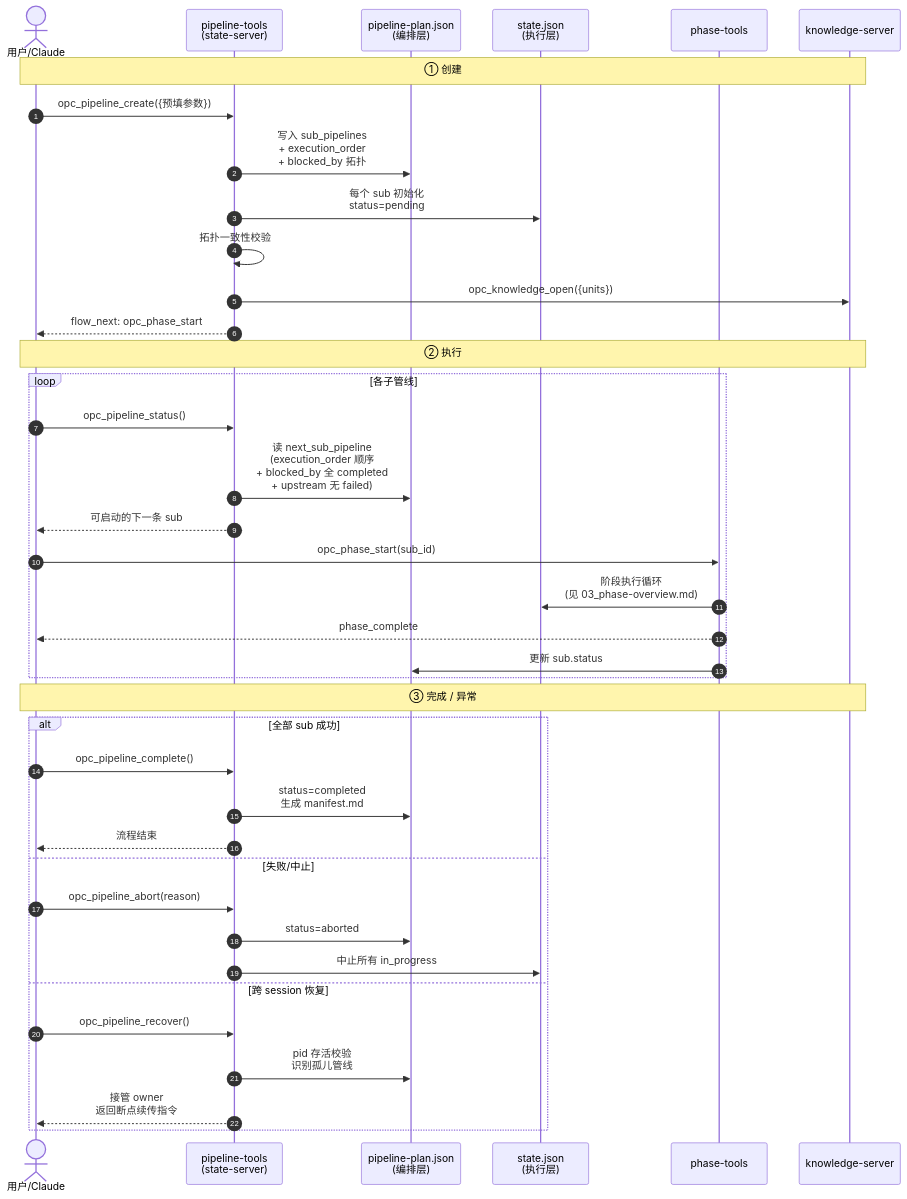
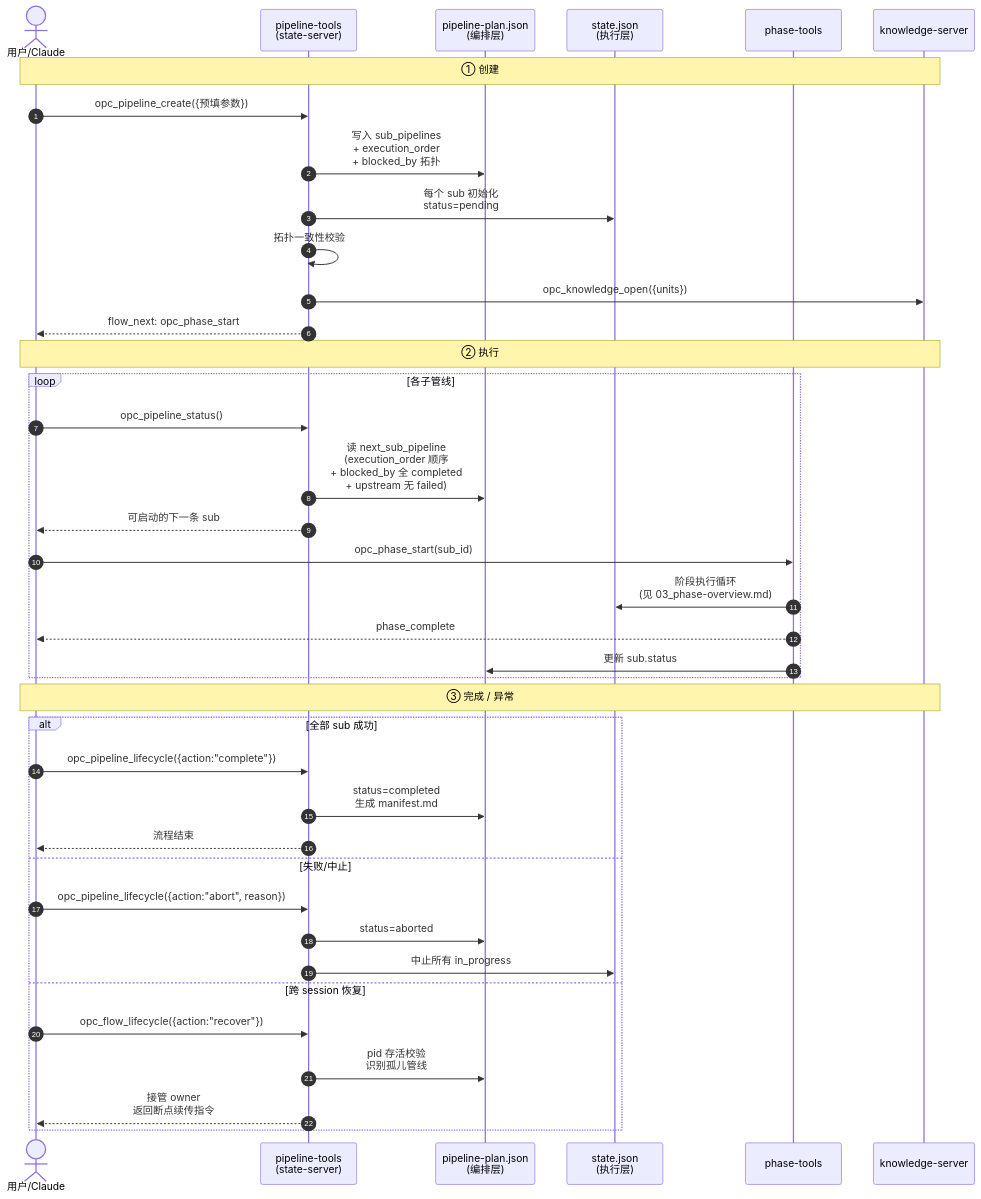
One commit to CaffeineOddity/opc-marketplace changed the first of 2 diagrams in doc/feature/02-opc-state-server/02-pipeline/00_overview.md. Above: the diagram before and after it, drawn with Mermaid. The commit also changed other lines of this file and 19 other files, not shown here.

````diff
--- a/doc/feature/02-opc-state-server/02-pipeline/00_overview.md
+++ b/doc/feature/02-opc-state-server/02-pipeline/00_overview.md
@@ -13,45 +13,45 @@
 ```mermaid
 sequenceDiagram
     autonumber
     actor U as 用户/Claude
     participant PC as pipeline-tools<br/>(state-server)
     participant PP as pipeline-plan.json<br/>(编排层)
     participant ST as state.json<br/>(执行层)
     participant PH as phase-tools
     participant K as knowledge-server
 
     Note over U,K: ① 创建
     U->>PC: opc_pipeline_create({预填参数})
     PC->>PP: 写入 sub_pipelines<br/>+ execution_order<br/>+ blocked_by 拓扑
     PC->>ST: 每个 sub 初始化<br/>status=pending
     PC->>PC: 拓扑一致性校验
     PC->>K: opc_knowledge_open({units})
     PC-->>U: flow_next: opc_phase_start
 
     Note over U,K: ② 执行
     loop 各子管线
         U->>PC: opc_pipeline_status()
         PC->>PP: 读 next_sub_pipeline<br/>(execution_order 顺序<br/>+ blocked_by 全 completed<br/>+ upstream 无 failed)
         PC-->>U: 可启动的下一条 sub
 
         U->>PH: opc_phase_start(sub_id)
         PH->>ST: 阶段执行循环<br/>(见 03_phase-overview.md)
         PH-->>U: phase_complete
         PH->>PP: 更新 sub.status
     end
 
     Note over U,K: ③ 完成 / 异常
     alt 全部 sub 成功
-        U->>PC: opc_pipeline_complete()
+        U->>PC: opc_pipeline_lifecycle({action:"complete"})
         PC->>PP: status=completed<br/>生成 manifest.md
         PC-->>U: 流程结束
     else 失败/中止
-        U->>PC: opc_pipeline_abort(reason)
+        U->>PC: opc_pipeline_lifecycle({action:"abort", reason})
         PC->>PP: status=aborted
         PC->>ST: 中止所有 in_progress
     else 跨 session 恢复
-        U->>PC: opc_pipeline_recover()
+        U->>PC: opc_flow_lifecycle({action:"recover"})
         PC->>PP: pid 存活校验<br/>识别孤儿管线
         PC-->>U: 接管 owner<br/>返回断点续传指令
     end
 ```
````
